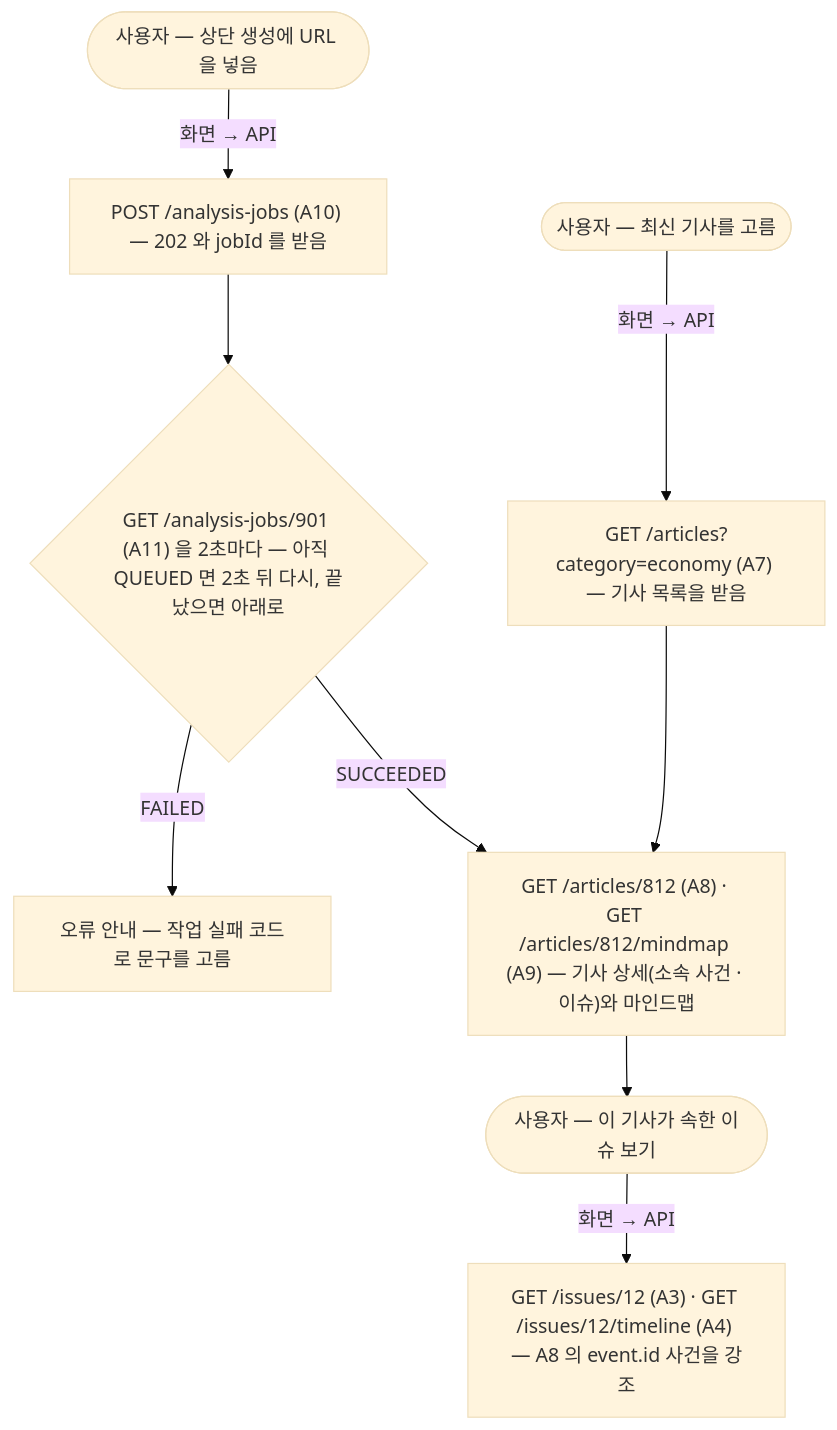
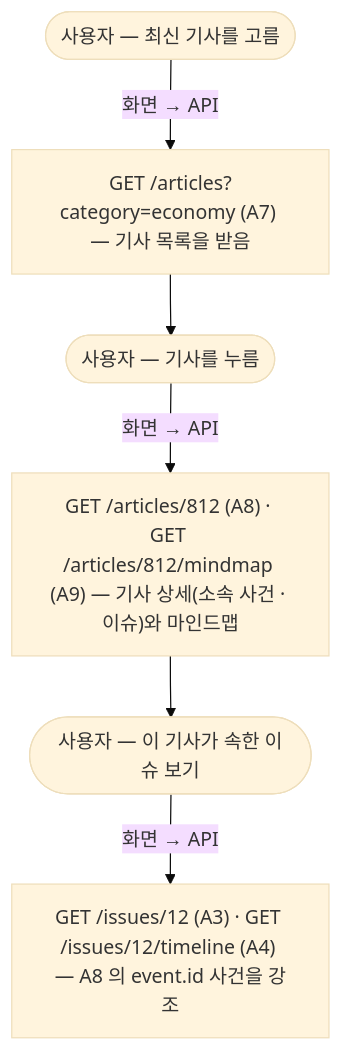
One commit to a102-NEWLEARN/NEW-LEARN changed the fifth of 5 diagrams in docs/api.md. Above: the diagram before and after it, drawn with Mermaid (base theme). The commit also changed other lines of this file and 2 other files, not shown here.

First line of the commit message:
docs(common): API 명세 v1 — URL 분석 삭제, 회원 · 용어사전 · ISSUE 단계 · 가지 4개

````diff
--- a/docs/api.md
+++ b/docs/api.md
@@ -187,11 +198,8 @@
 ```mermaid
 flowchart TD
   U1(["사용자 — 최신 기사를 고름"]) -->|"화면 → API"| C1["GET /articles?category=economy (A7) — 기사 목록을 받음"]
-  U0(["사용자 — 상단 생성에 URL 을 넣음"]) -->|"화면 → API"| C2["POST /analysis-jobs (A10) — 202 와 jobId 를 받음"]
-  C2 --> P{"GET /analysis-jobs/901 (A11) 을 2초마다 — 아직 QUEUED 면 2초 뒤 다시, 끝났으면 아래로"}
-  P -->|"FAILED"| F["오류 안내 — 작업 실패 코드로 문구를 고름"]
-  P -->|"SUCCEEDED"| C3["GET /articles/812 (A8) · GET /articles/812/mindmap (A9) — 기사 상세(소속 사건 · 이슈)와 마인드맵"]
-  C1 --> C3
-  C3 --> U2(["사용자 — 이 기사가 속한 이슈 보기"])
-  U2 -->|"화면 → API"| C4["GET /issues/12 (A3) · GET /issues/12/timeline (A4) — A8 의 event.id 사건을 강조"]
+  C1 --> U2(["사용자 — 기사를 누름"])
+  U2 -->|"화면 → API"| C2["GET /articles/812 (A8) · GET /articles/812/mindmap (A9) — 기사 상세(소속 사건 · 이슈)와 마인드맵"]
+  C2 --> U3(["사용자 — 이 기사가 속한 이슈 보기"])
+  U3 -->|"화면 → API"| C3["GET /issues/12 (A3) · GET /issues/12/timeline (A4) — A8 의 event.id 사건을 강조"]
 ```
````
